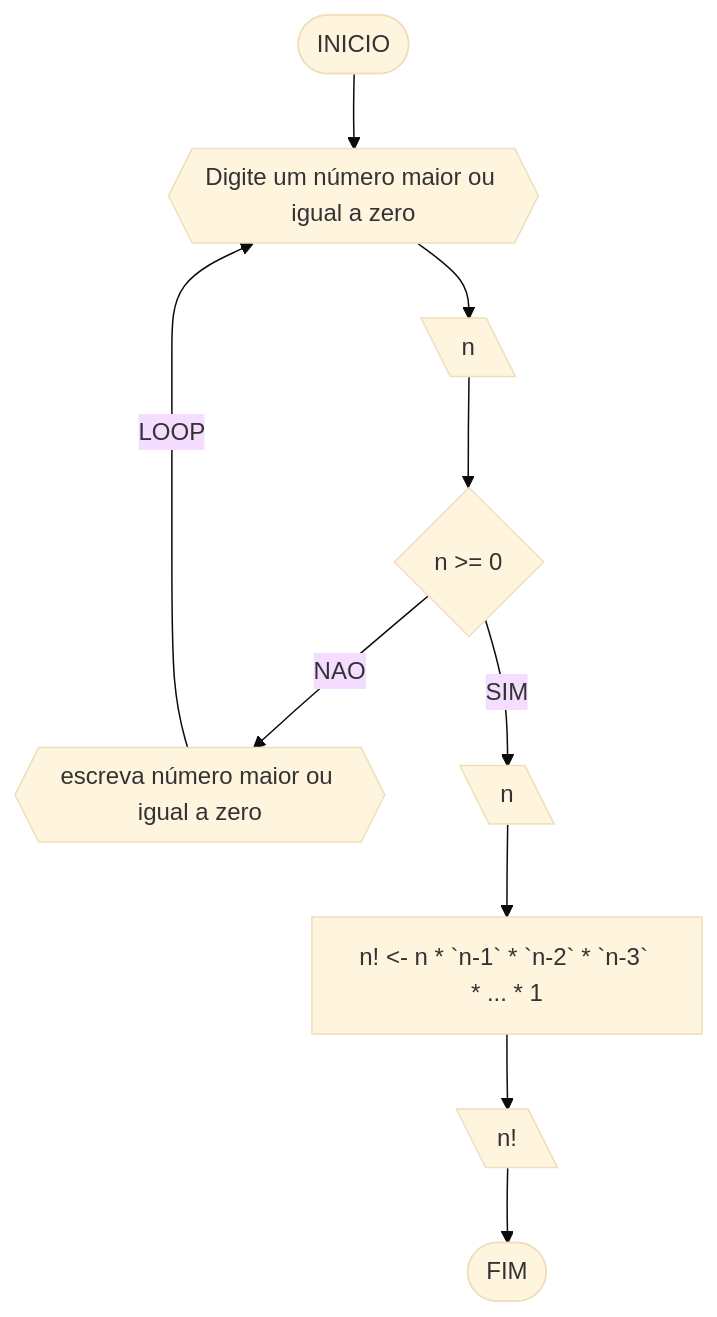
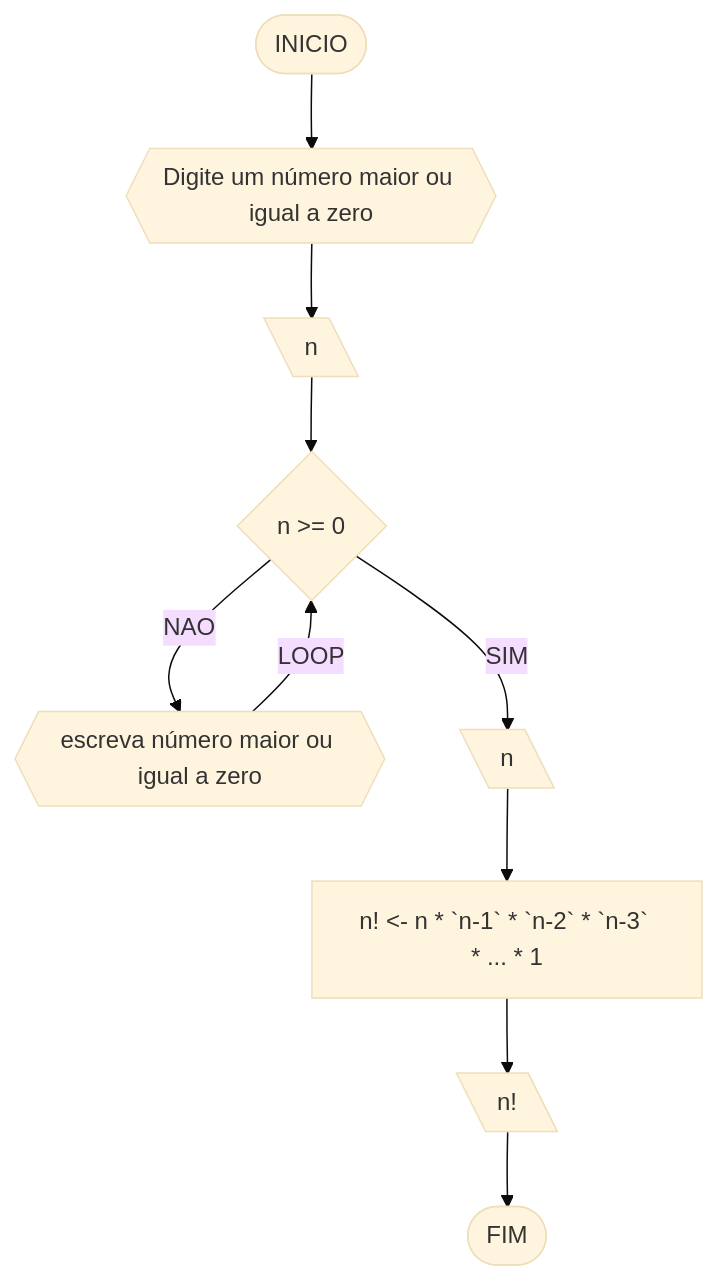
Before and after one commit to kaiokrl/unifor-works: the fifth of 7 diagrams in RLA/lista_de_exercicios/listaAD1.md, drawn with Mermaid (base theme).

````diff
--- a/RLA/lista_de_exercicios/listaAD1.md
+++ b/RLA/lista_de_exercicios/listaAD1.md
@@ -224,12 +224,12 @@
 ```mermaid
 flowchart TD
 A([INICIO]) --> B{{Digite um número maior ou igual a zero}}
 B --> C[\n\]
 C --> D{n >= 0}
 D --NAO--> E{{escreva número maior ou igual a zero}}
-E --LOOP--> B
+E --LOOP--> D
 D --SIM--> F[\n\]
 F --> G[n! <- n * `n-1` * `n-2` * `n-3` * ... * 1]
 G --> H[\n!\]
 H --> I([FIM]) 
 ```
````
